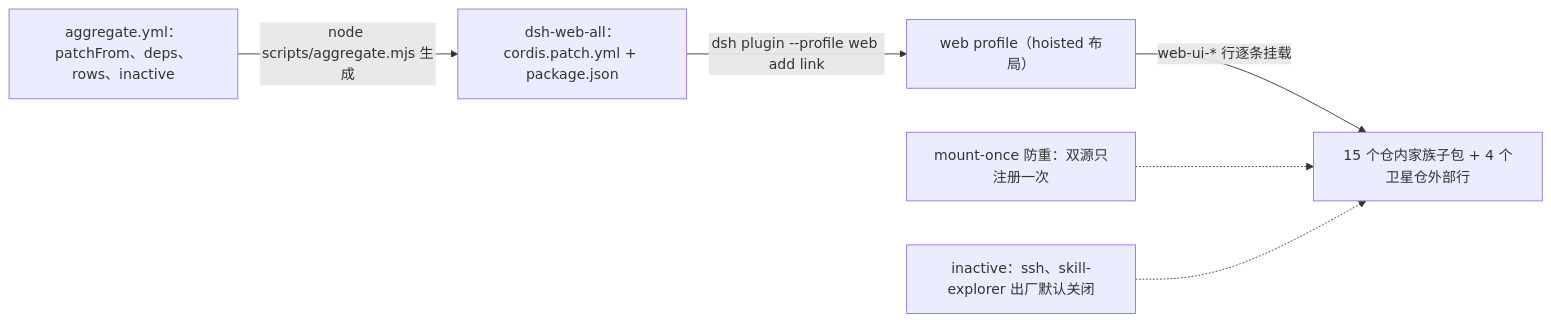
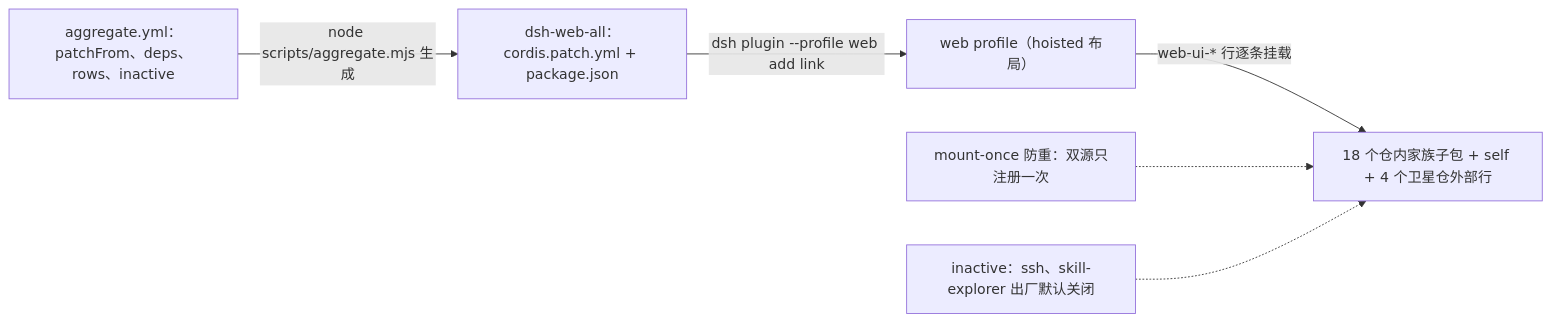
Before and after one commit to zhu1090093659/dsh-web: the fourth of 9 diagrams in docs/architecture.md, drawn with Mermaid. The commit also changed other lines of this file and 19 other files, not shown here.

````diff
--- a/docs/architecture.md
+++ b/docs/architecture.md
@@ -77,8 +77,8 @@
 ```mermaid
 flowchart LR
     A["aggregate.yml：patchFrom、deps、rows、inactive"] -- "node scripts/aggregate.mjs 生成" --> B["dsh-web-all：cordis.patch.yml + package.json"]
     B -- "dsh plugin --profile web add link" --> C["web profile（hoisted 布局）"]
-    C -- "web-ui-* 行逐条挂载" --> D["15 个仓内家族子包 + 4 个卫星仓外部行"]
+    C -- "web-ui-* 行逐条挂载" --> D["18 个仓内家族子包 + self + 4 个卫星仓外部行"]
     E["mount-once 防重：双源只注册一次"] -.-> D
     F["inactive：ssh、skill-explorer 出厂默认关闭"] -.-> D
 ```
````
